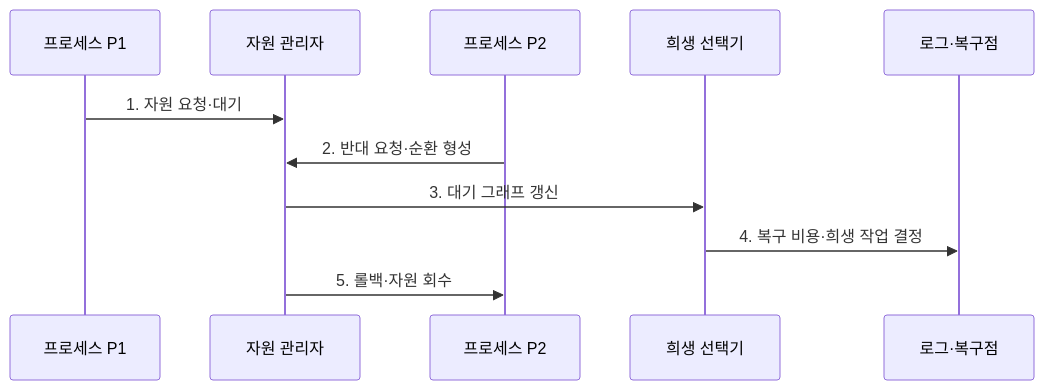
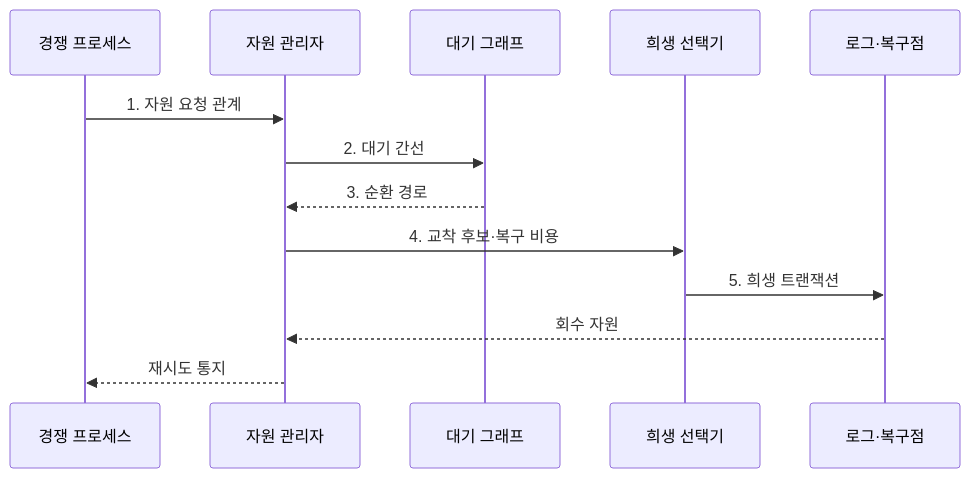
One commit to agnusdei1207/knowledge-base changed the second of 2 diagrams in src/content/docs/notes/03-software/009_deadlock.md. Above: the diagram before and after it, drawn with Mermaid. The commit also changed other lines of this file and 20 other files, not shown here.

````diff
--- a/src/content/docs/notes/03-software/009_deadlock.md
+++ b/src/content/docs/notes/03-software/009_deadlock.md
@@ -88,13 +96,15 @@
 ```mermaid
 sequenceDiagram
-    participant P1 as 프로세스 P1
+    participant P as 경쟁 프로세스
     participant R as 자원 관리자
-    participant P2 as 프로세스 P2
-    participant G as 희생 선택기
+    participant G as 대기 그래프
+    participant V as 희생 선택기
     participant L as 로그·복구점
-    P1->>R: 1. 자원 요청·대기
-    P2->>R: 2. 반대 요청·순환 형성
-    R->>G: 3. 대기 그래프 갱신
-    G->>L: 4. 복구 비용·희생 작업 결정
-    R->>P2: 5. 롤백·자원 회수
+    P->>R: 1. 자원 요청 관계
+    R->>G: 2. 대기 간선
+    G-->>R: 3. 순환 경로
+    R->>V: 4. 교착 후보·복구 비용
+    V->>L: 5. 희생 트랜잭션
+    L-->>R: 회수 자원
+    R-->>P: 재시도 통지
 ```
````
